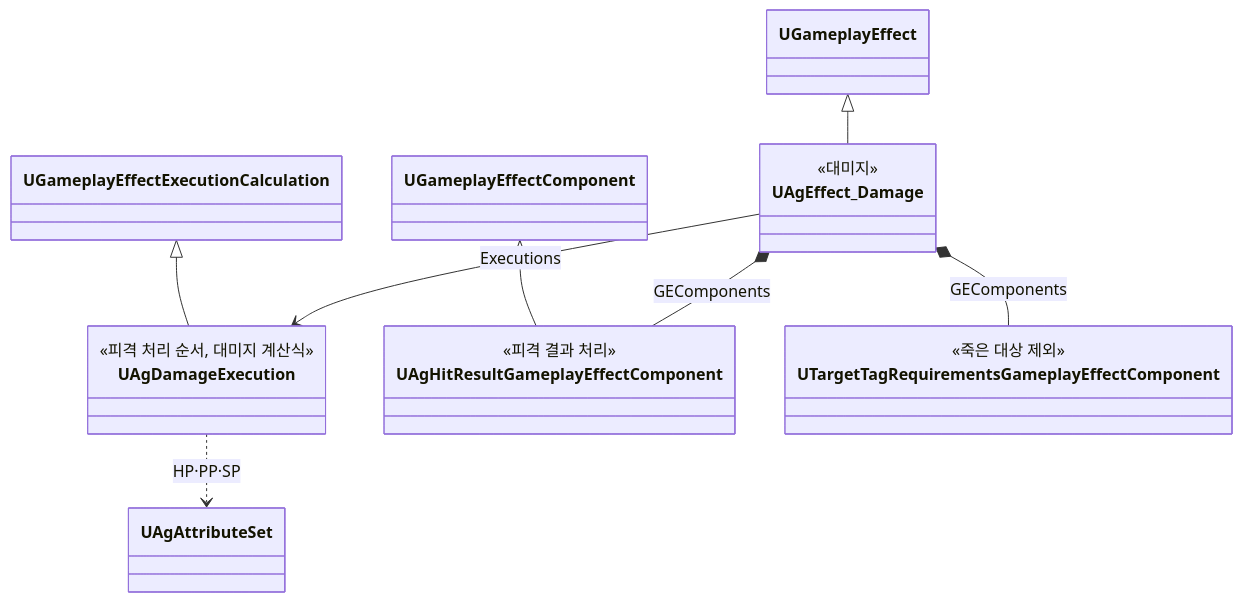
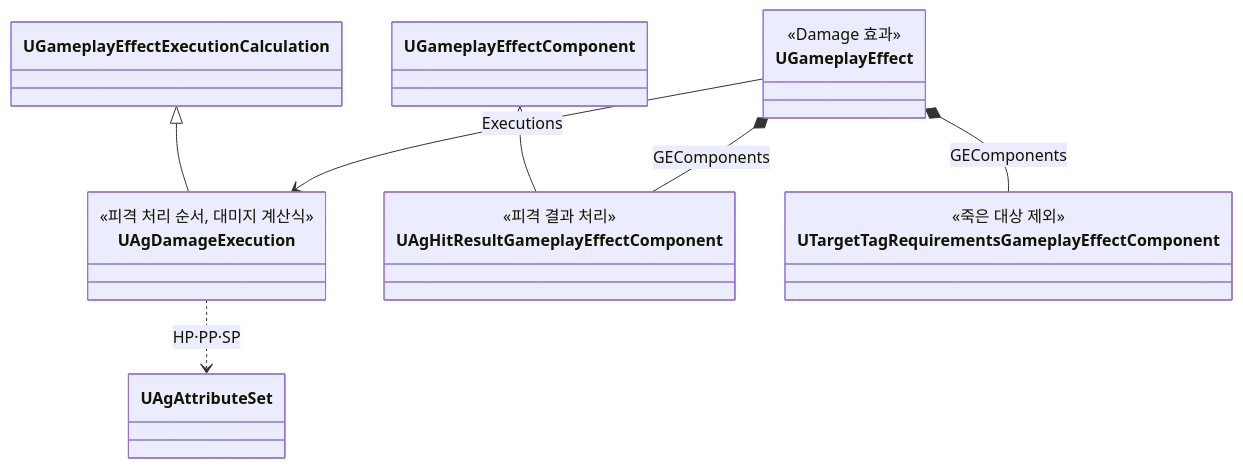
Before and after one commit to Woogl/Ag: the first of 3 diagrams in Docs/Program/대미지와 피격 처리.md, drawn with Mermaid. The commit also changed other lines of this file and 93 other files, not shown here.

````diff
--- a/Docs/Program/대미지와 피격 처리.md
+++ b/Docs/Program/대미지와 피격 처리.md
@@ -25,23 +26,22 @@
 ```mermaid
 classDiagram
     direction TB
-    class UAgEffect_Damage {
-        <<대미지>>
+    class UGameplayEffect {
+        <<Damage 효과>>
     }
     class UAgDamageExecution {
         <<피격 처리 순서, 대미지 계산식>>
     }
     class UAgHitResultGameplayEffectComponent {
         <<피격 결과 처리>>
     }
     class UTargetTagRequirementsGameplayEffectComponent {
         <<죽은 대상 제외>>
     }
-    UGameplayEffect <|-- UAgEffect_Damage
     UGameplayEffectExecutionCalculation <|-- UAgDamageExecution
-    UAgEffect_Damage --> UAgDamageExecution : Executions
+    UGameplayEffect --> UAgDamageExecution : Executions
     UGameplayEffectComponent <|-- UAgHitResultGameplayEffectComponent
-    UAgEffect_Damage *-- UAgHitResultGameplayEffectComponent : GEComponents
-    UAgEffect_Damage *-- UTargetTagRequirementsGameplayEffectComponent : GEComponents
+    UGameplayEffect *-- UAgHitResultGameplayEffectComponent : GEComponents
+    UGameplayEffect *-- UTargetTagRequirementsGameplayEffectComponent : GEComponents
     UAgDamageExecution ..> UAgAttributeSet : HP·PP·SP
 ```
````
